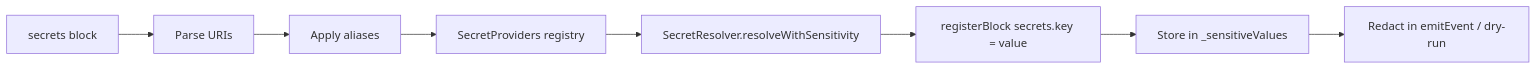
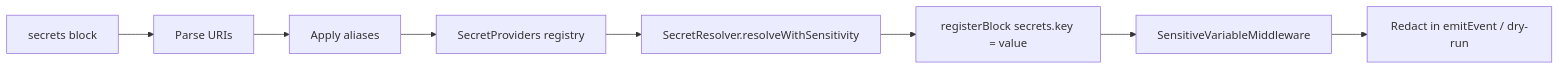
The diagram in docs/secrets.md (kingwill101/configr), drawn with Mermaid before and after one commit. The commit also changed other lines of this file and 9 other files, not shown here.

First line of the commit message:
refactor(sensitive): replace ad-hoc _sensitiveKeys/_sensitiveValues with SensitiveVariableMiddleware

````diff
--- a/docs/secrets.md
+++ b/docs/secrets.md
@@ -118,10 +119,10 @@
 ```mermaid
 flowchart LR
     Config[secrets block] --> Parse[Parse URIs]
     Parse --> Alias[Apply aliases]
     Alias --> Provider[SecretProviders registry]
     Provider --> Resolve[SecretResolver.resolveWithSensitivity]
     Resolve --> Register[registerBlock secrets.key = value]
-    Register --> Sensitive[Store in _sensitiveValues]
-    Sensitive --> Redact[Redact in emitEvent / dry-run]
+    Register --> Middleware[SensitiveVariableMiddleware]
+    Middleware --> Redact[Redact in emitEvent / dry-run]
 ```
````
